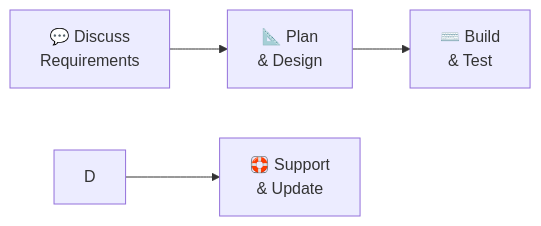
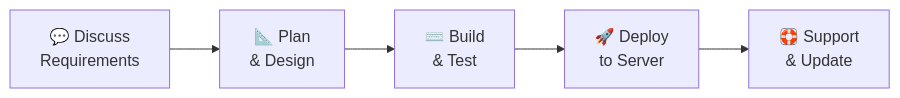
The diagram in README.md (muhammadfakrurazi/muhammadfakrurazi), drawn with Mermaid before and after one commit. The commit also changed other lines of this file, not shown here.

````diff
--- a/README.md
+++ b/README.md
@@ -82,6 +83,7 @@
 ```mermaid
 flowchart LR
     A[💬 Discuss<br/>Requirements] --> B[📐 Plan<br/>& Design]
     B --> C[⌨️ Build<br/>& Test]
+    C --> D[🚀 Deploy<br/>to Server]
     D --> E[🛟 Support<br/>& Update]
 ```
````
